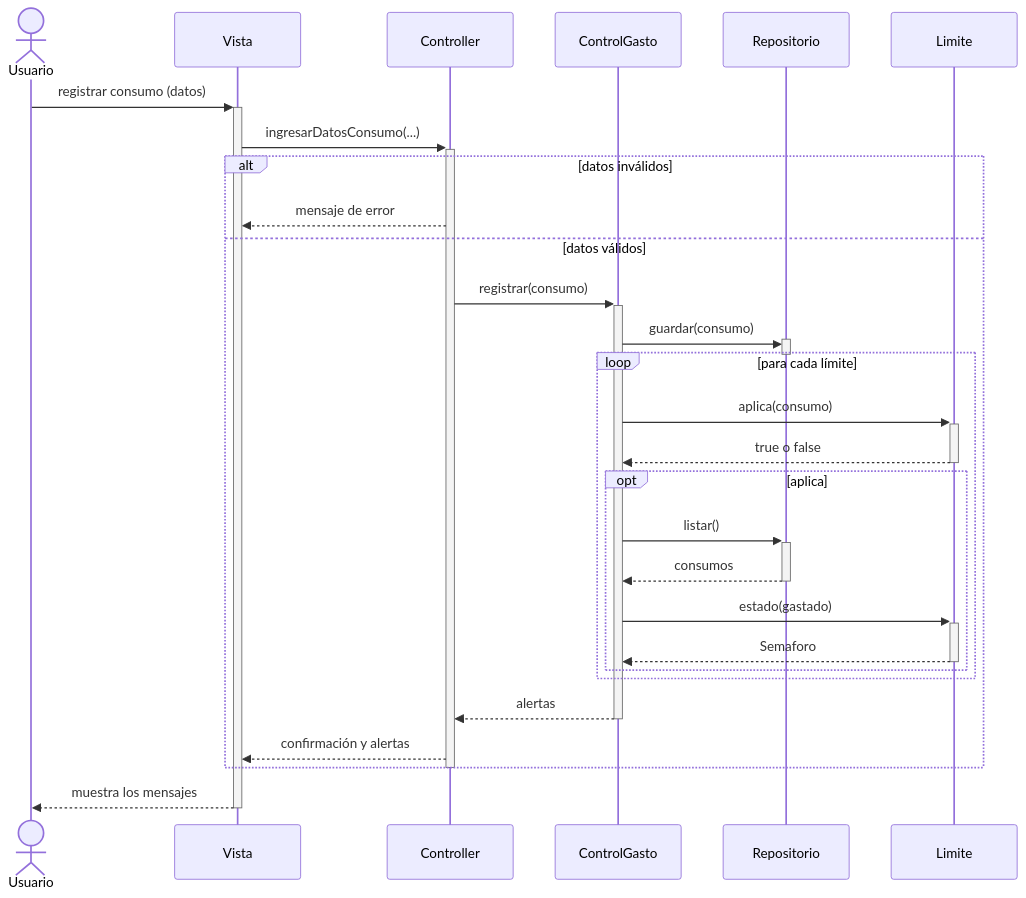
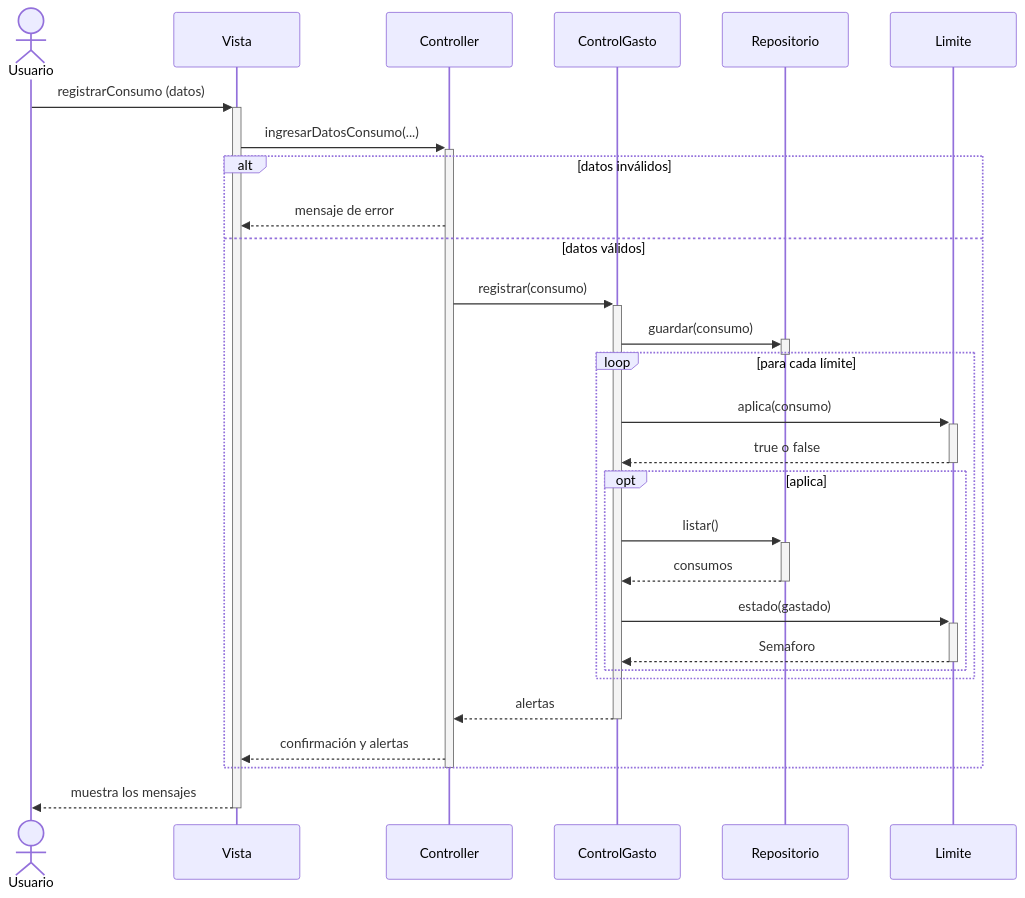
The diagram in Diagramas/CU1.md (morenastolerman/Gestor-de-gastos), drawn with Mermaid before and after one commit.

Commit message:
Rename message to registrarConsumo in CU1.md

````diff
--- a/Diagramas/CU1.md
+++ b/Diagramas/CU1.md
@@ -1,37 +1,37 @@
 ```mermaid
 sequenceDiagram
     actor Usuario
     participant Vista
     participant Controller
     participant ControlGasto
     participant Repositorio
     participant Limite
 
-    Usuario->>+Vista: registrar consumo (datos)
+    Usuario->>+Vista: registrarConsumo (datos)
     Vista->>+Controller: ingresarDatosConsumo(...)
 
     alt datos inválidos
         Controller-->>Vista: mensaje de error
     else datos válidos
         Controller->>+ControlGasto: registrar(consumo)
         ControlGasto->>+Repositorio: guardar(consumo)
         deactivate Repositorio
 
         loop para cada límite
             ControlGasto->>+Limite: aplica(consumo)
             Limite-->>-ControlGasto: true o false
             opt aplica
                 ControlGasto->>+Repositorio: listar()
                 Repositorio-->>-ControlGasto: consumos
                 ControlGasto->>+Limite: estado(gastado)
                 Limite-->>-ControlGasto: Semaforo
             end
         end
 
         ControlGasto-->>Controller: alertas
         deactivate ControlGasto
         Controller-->>Vista: confirmación y alertas
     end
     deactivate Controller
     Vista-->>-Usuario: muestra los mensajes
 ```
````
